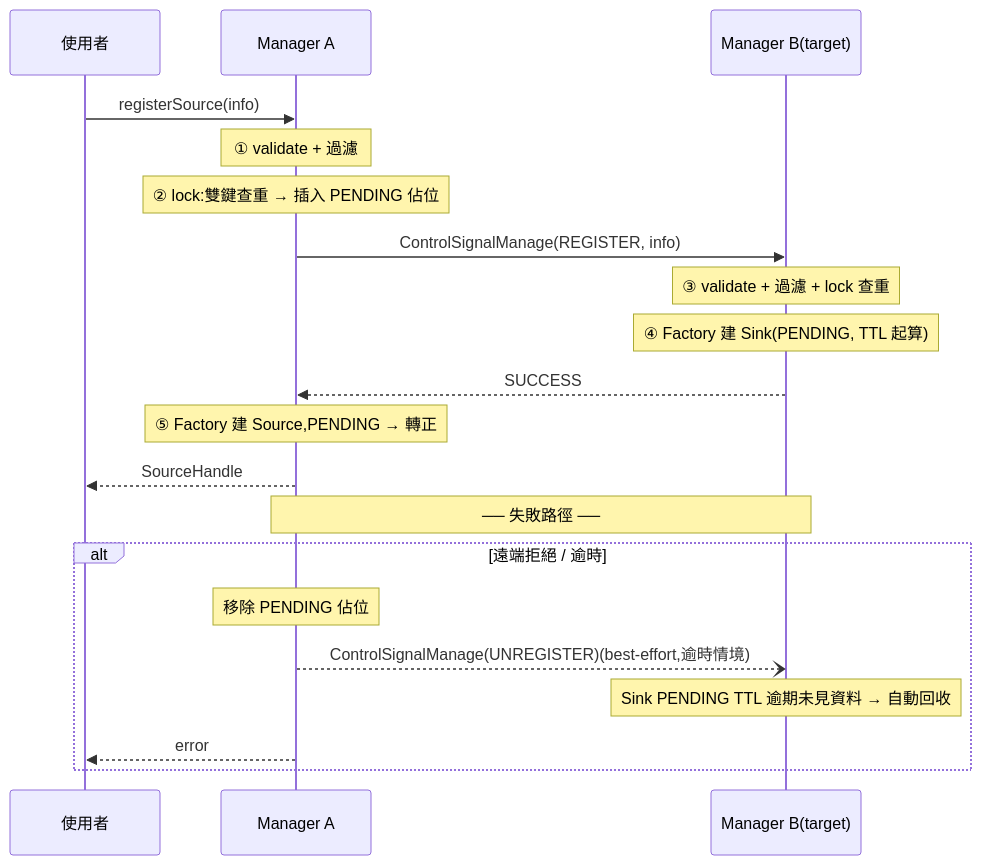
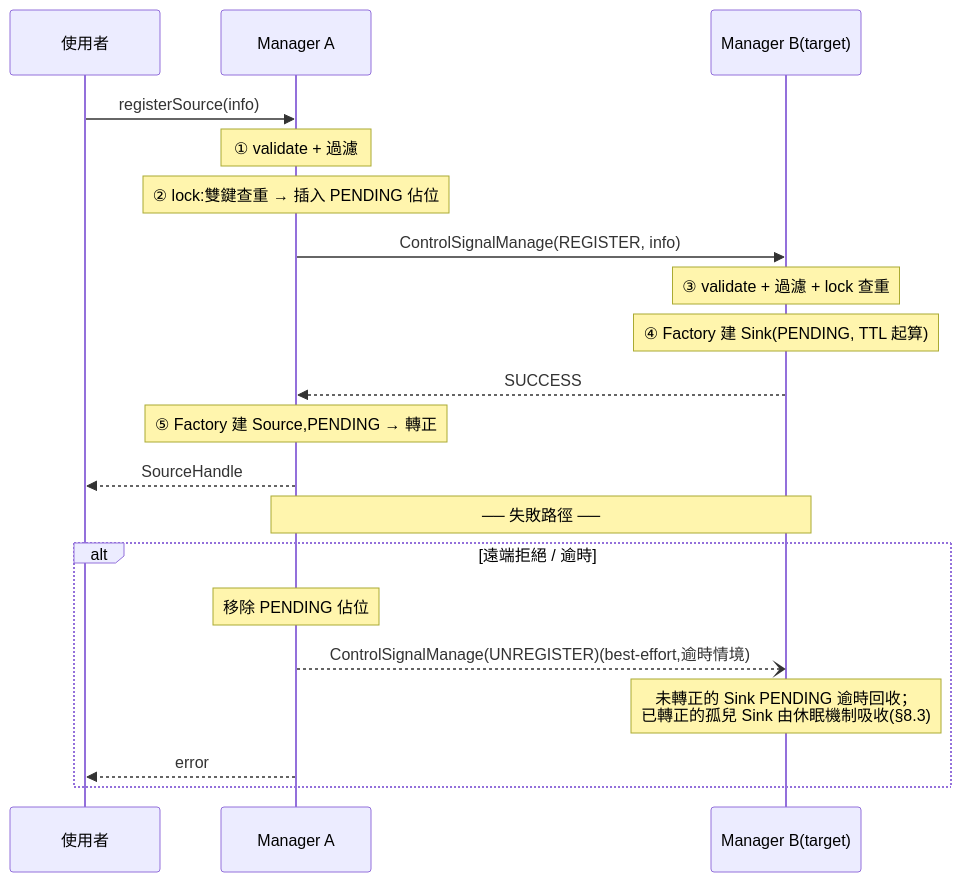
The sixth of 42 diagrams in r1_design_draft.md (cocobird231/rv2_project), drawn with Mermaid before and after one commit. The commit also changed other lines of this file, not shown here.

````diff
--- a/r1_design_draft.md
+++ b/r1_design_draft.md
@@ -328,24 +332,24 @@
 ```mermaid
 sequenceDiagram
     participant U as 使用者
     participant MA as Manager A
     participant MB as Manager B(target)
 
     U->>MA: registerSource(info)
     Note over MA: ① validate + 過濾
     Note over MA: ② lock:雙鍵查重 → 插入 PENDING 佔位
     MA->>MB: ControlSignalManage(REGISTER, info)
     Note over MB: ③ validate + 過濾 + lock 查重
     Note over MB: ④ Factory 建 Sink(PENDING, TTL 起算)
     MB-->>MA: SUCCESS
     Note over MA: ⑤ Factory 建 Source,PENDING → 轉正
     MA-->>U: SourceHandle
 
     Note over MA,MB: ── 失敗路徑 ──
     alt 遠端拒絕 / 逾時
         Note over MA: 移除 PENDING 佔位
         MA--)MB: ControlSignalManage(UNREGISTER)(best-effort,逾時情境)
-        Note over MB: Sink PENDING TTL 逾期未見資料 → 自動回收
+        Note over MB: 未轉正的 Sink PENDING 逾時回收；<br/>已轉正的孤兒 Sink 由休眠機制吸收(§8.3)
         MA-->>U: error
     end
 ```
````
